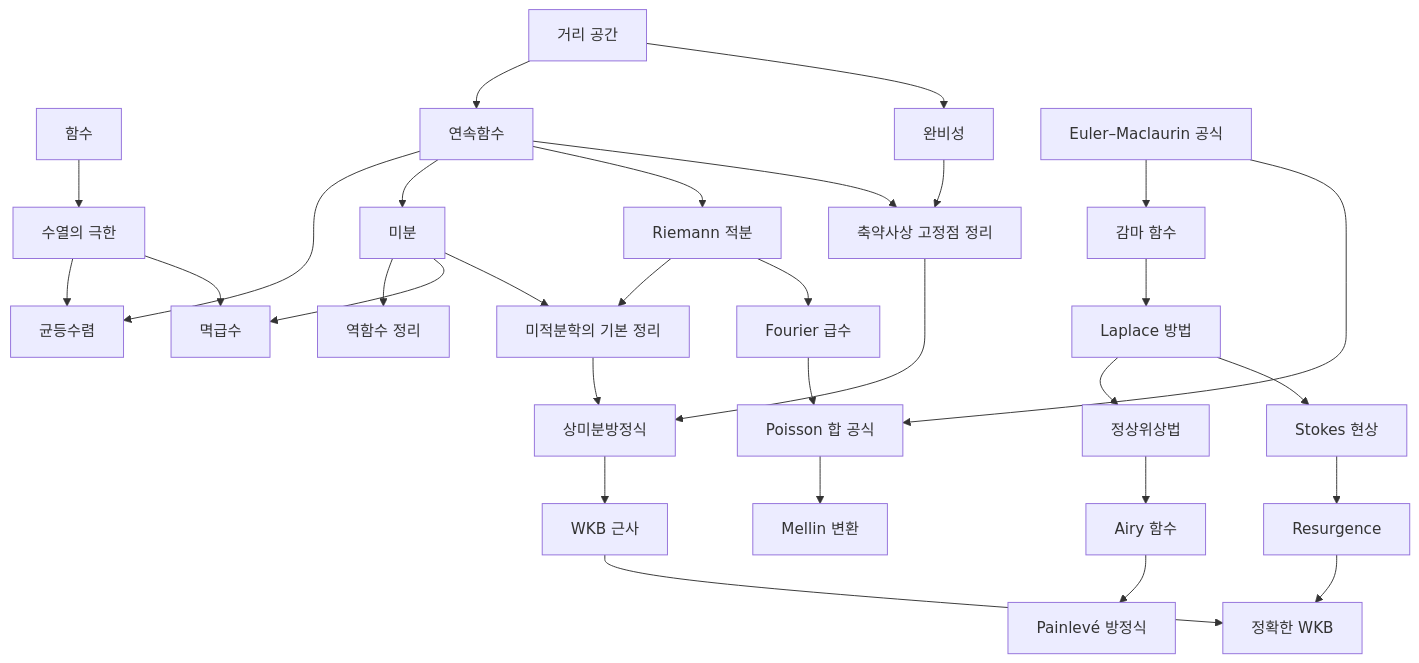
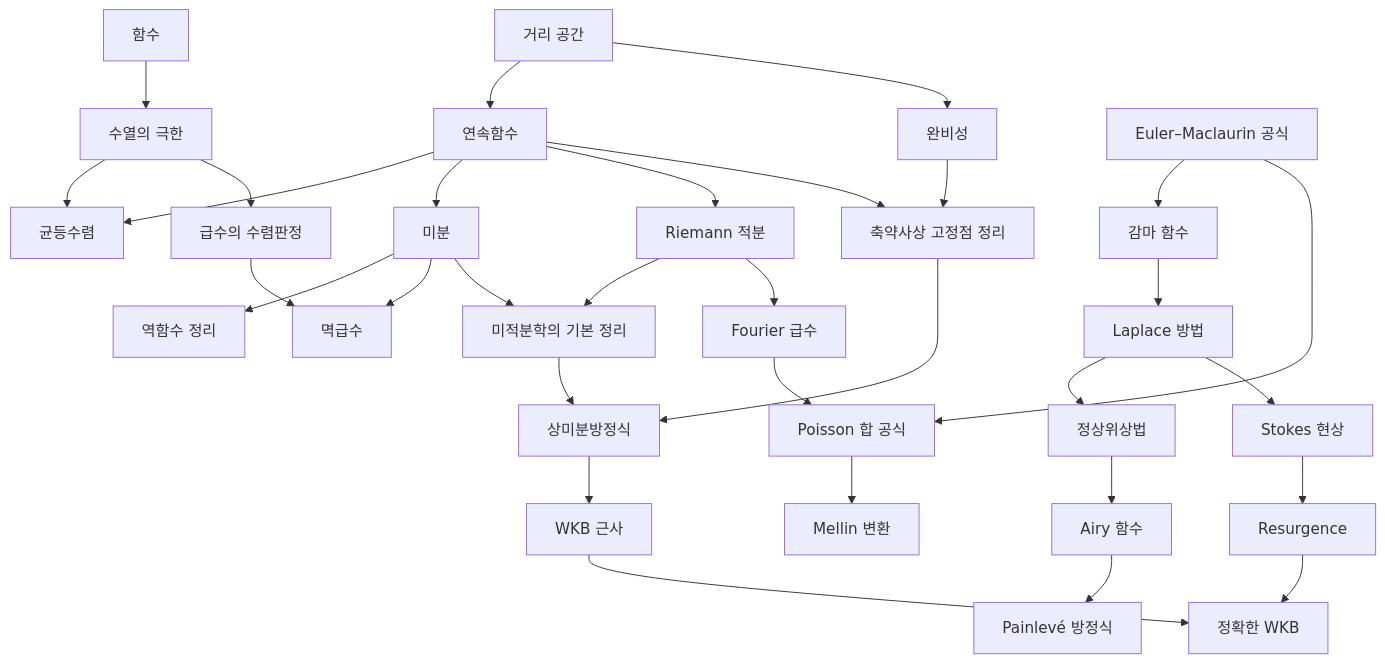
Before and after one commit to Phryxia/math-map: the diagram in docs/analysis-overview.md, drawn with Mermaid. The commit also changed other lines of this file and 4 other files, not shown here.

````diff
--- a/docs/analysis-overview.md
+++ b/docs/analysis-overview.md
@@ -13,33 +13,34 @@
 ```mermaid
 graph TD
   FN["함수"] --> LM["수열의 극한"]
   MS["거리 공간"] --> CT["연속함수"]
   MS --> CM["완비성"]
   LM --> UC["균등수렴"]
   CT --> UC
   CT --> DV["미분"]
   DV --> IF["역함수 정리"]
   CT --> RI["Riemann 적분"]
-  LM --> PS["멱급수"]
+  LM --> SC["급수의 수렴판정"]
+  SC --> PS["멱급수"]
   DV --> PS
   DV --> FC["미적분학의 기본 정리"]
   RI --> FC
   CM --> BF["축약사상 고정점 정리"]
   CT --> BF
   BF --> OD["상미분방정식"]
   FC --> OD
   RI --> FS["Fourier 급수"]
   FS --> PSm["Poisson 합 공식"]
   PSm --> MT["Mellin 변환"]
   EM["Euler–Maclaurin 공식"] --> GM["감마 함수"]
   EM --> PSm
   GM --> LP["Laplace 방법"]
   LP --> SP["정상위상법"]
   LP --> ST["Stokes 현상"]
   ST --> RS["Resurgence"]
   SP --> AF["Airy 함수"]
   AF --> PE["Painlevé 방정식"]
   OD --> WK["WKB 근사"]
   WK --> EW["정확한 WKB"]
   RS --> EW
 ```
````
